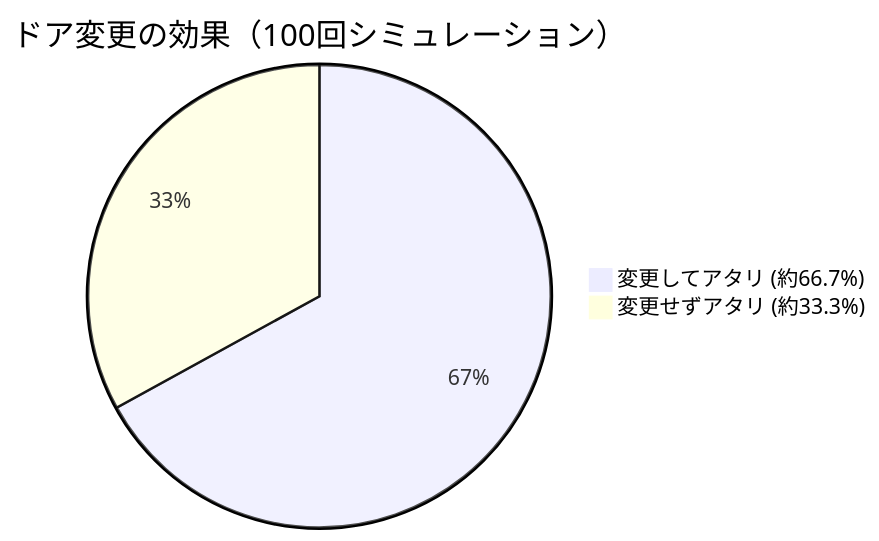
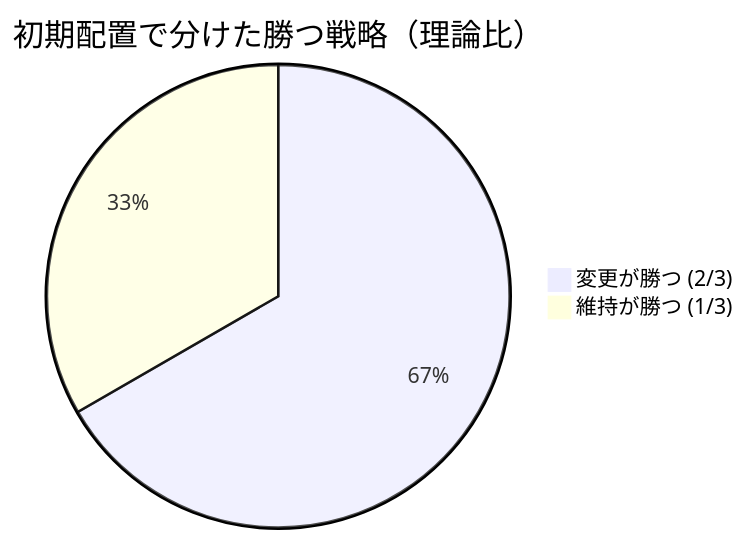
Before and after one commit to kenjinote/blog: the second of 2 diagrams in content/post/モンティ・ホール問題/index.md, drawn with Mermaid. The commit also changed other lines of this file and 10 other files, not shown here.

````diff
--- a/content/post/モンティ・ホール問題/index.md
+++ b/content/post/モンティ・ホール問題/index.md
@@ -161,5 +195,5 @@
 ```mermaid
-pie title ドア変更の効果（100回シミュレーション）
-    "変更してアタリ (約66.7%)" : 67
-    "変更せずアタリ (約33.3%)" : 33
+pie title 初期配置で分けた勝つ戦略（理論比）
+    "変更が勝つ (2/3)" : 2
+    "維持が勝つ (1/3)" : 1
 ```
````
